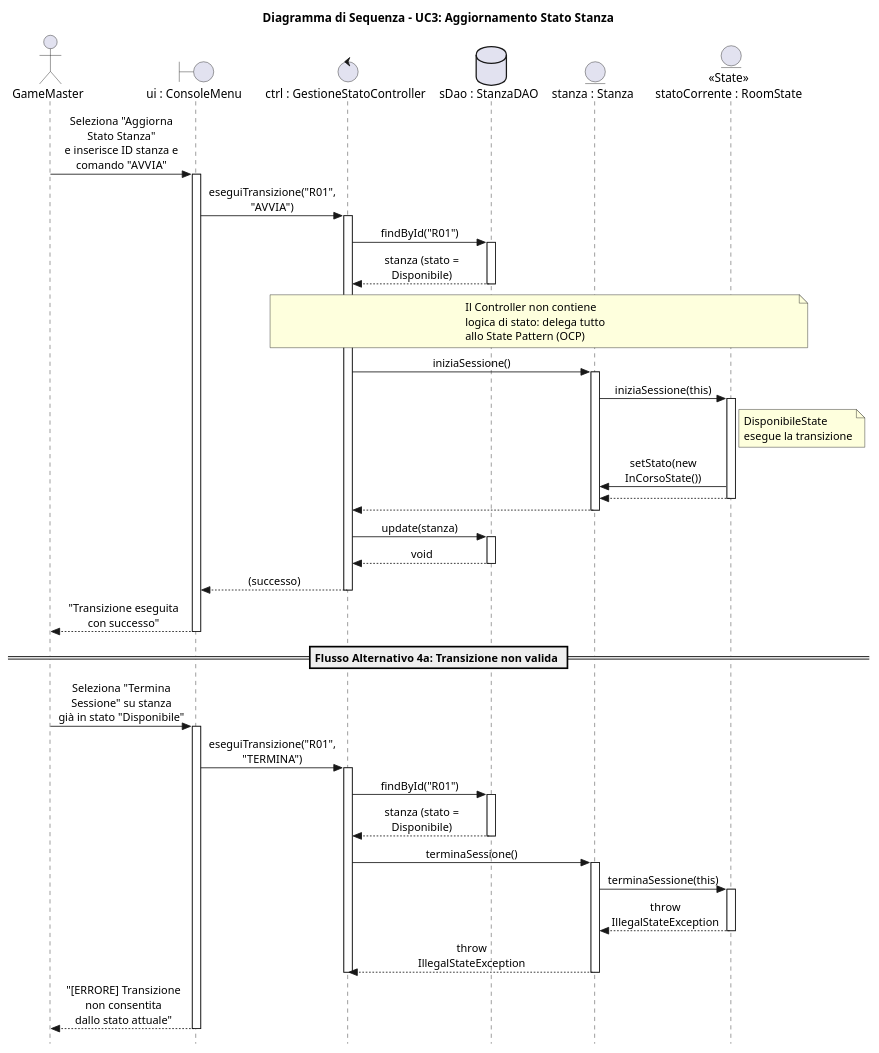
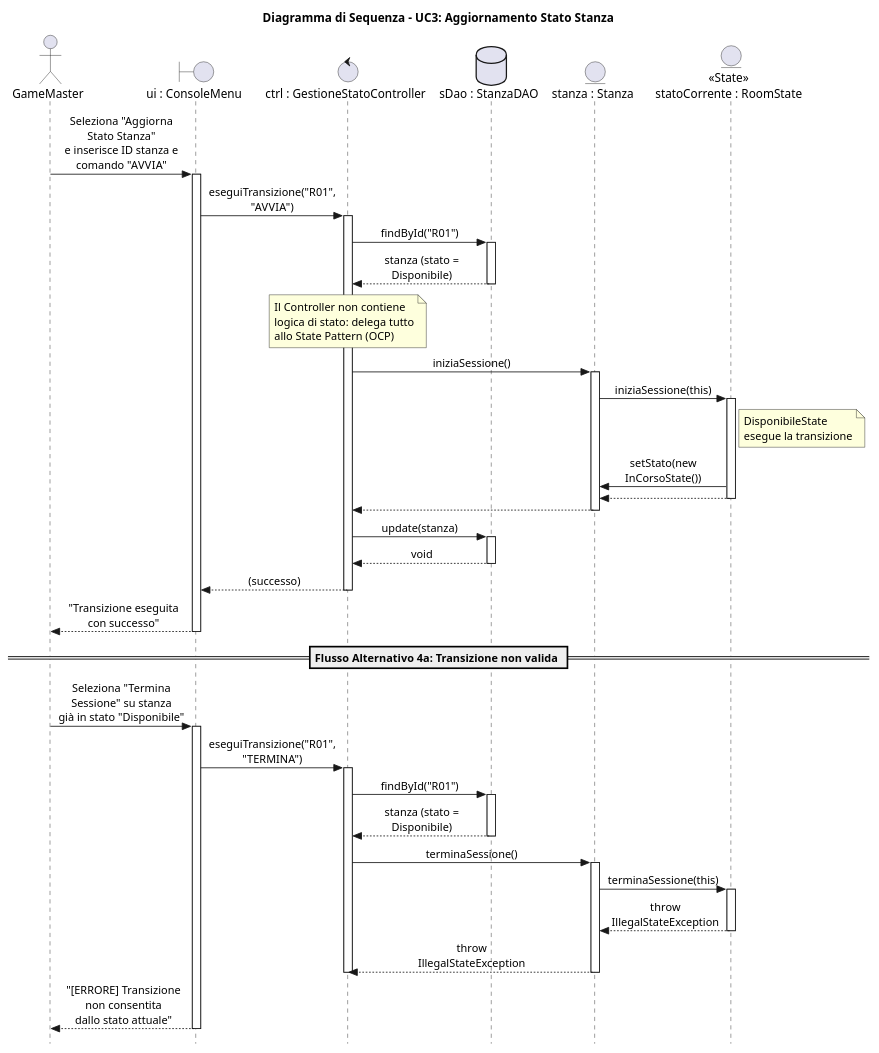
The diagram in docs/UML/sequence_gestione_stato.puml (Adrycasta04/EscapeManager), drawn with PlantUML before and after one commit. The commit also changed 23 other files, not shown here.

Commit message:
feat: Add initial UML design diagrams and LaTeX project documentation.

```diff
--- a/docs/UML/sequence_gestione_stato.puml
+++ b/docs/UML/sequence_gestione_stato.puml
@@ -1,82 +1,82 @@
 @startuml sequence_gestione_stato
 
 skinparam style strictuml
 skinparam sequenceMessageAlign center
 skinparam maxMessageSize 150
 
 title Diagramma di Sequenza - UC3: Aggiornamento Stato Stanza
 
 actor "GameMaster" as GM
 boundary "ui : ConsoleMenu" as UI
 control "ctrl : GestioneStatoController" as CTRL
 database "sDao : StanzaDAO" as SDAO
 entity "stanza : Stanza" as S
 entity "<<State>>\nstatoCorrente : RoomState" as STATE
 
 GM -> UI : Seleziona "Aggiorna Stato Stanza"\ne inserisce ID stanza e comando "AVVIA"
 activate UI
 
 UI -> CTRL : eseguiTransizione("R01", "AVVIA")
 activate CTRL
 
 ' Recupero della Stanza dal DAO
 CTRL -> SDAO : findById("R01")
 activate SDAO
 SDAO --> CTRL : stanza (stato = Disponibile)
 deactivate SDAO
 
 ' Delega allo State Pattern
-note over CTRL, STATE : Il Controller non contiene\nlogica di stato: delega tutto\nallo State Pattern (OCP)
+note over CTRL : Il Controller non contiene\nlogica di stato: delega tutto\nallo State Pattern (OCP)
 CTRL -> S : iniziaSessione()
 activate S
 
 S -> STATE : iniziaSessione(this)
 activate STATE
 
 note right of STATE : DisponibileState\nesegue la transizione
 STATE -> S : setStato(new InCorsoState())
 STATE --> S
 deactivate STATE
 
 S --> CTRL
 deactivate S
 
 ' Persistenza dell'aggiornamento
 CTRL -> SDAO : update(stanza)
 activate SDAO
 SDAO --> CTRL : void
 deactivate SDAO
 
 CTRL --> UI : (successo)
 deactivate CTRL
 
 UI --> GM : "Transizione eseguita con successo"
 deactivate UI
 
 == Flusso Alternativo 4a: Transizione non valida ==
 
 GM -> UI : Seleziona "Termina Sessione" su stanza\ngià in stato "Disponibile"
 activate UI
 
 UI -> CTRL : eseguiTransizione("R01", "TERMINA")
 activate CTRL
 
 CTRL -> SDAO : findById("R01")
 activate SDAO
 SDAO --> CTRL : stanza (stato = Disponibile)
 deactivate SDAO
 
 CTRL -> S : terminaSessione()
 activate S
 S -> STATE : terminaSessione(this)
 activate STATE
 STATE --> S : throw IllegalStateException
 deactivate STATE
 S --> CTRL : throw IllegalStateException
 deactivate S
 deactivate CTRL
 
 UI --> GM : "[ERRORE] Transizione non consentita\ndallo stato attuale"
 deactivate UI
 
 @enduml
```
